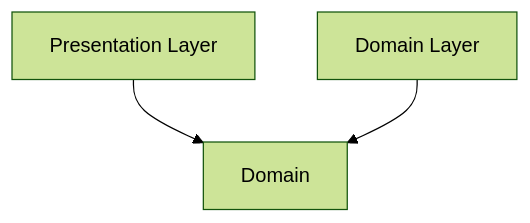
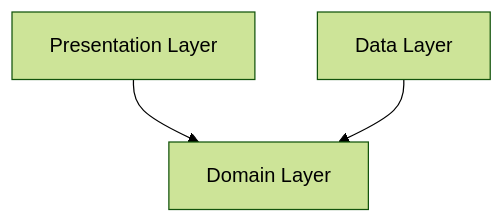
Before and after one commit to LemonAppDev/konsist-documentation: the first of 2 diagrams in getting-started/getting-started/create-secound-konsist-test-architectural-check.md, drawn with Mermaid. The commit also changed other lines of this file and 42 other files, not shown here.

````diff
--- a/getting-started/getting-started/create-secound-konsist-test-architectural-check.md
+++ b/getting-started/getting-started/create-secound-konsist-test-architectural-check.md
@@ -17,6 +17,6 @@
 ```mermaid
 %%{init: {'theme':'forest'}}%%
 flowchart TD
-    Presentation["Presentation Layer"]-->Domain
-    Data["Domain Layer"]-->Domain
+    Presentation["Presentation Layer"]-->Domain["Domain Layer"]
+    Data["Data Layer"]-->Domain
 ```
````
